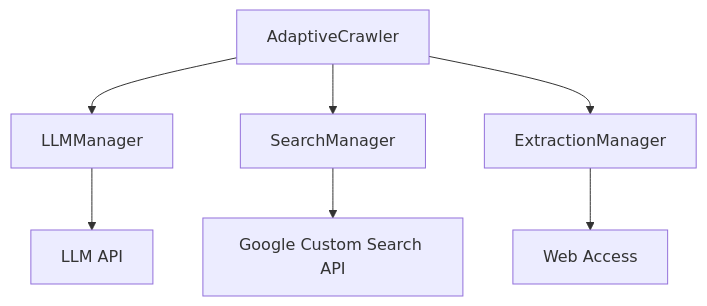
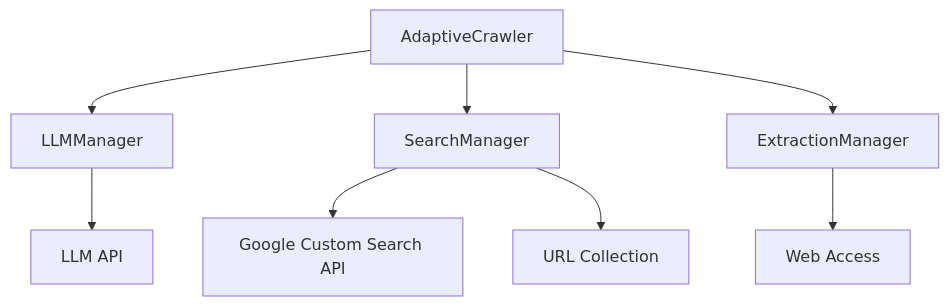
Before and after one commit to tkosht/cursor_dev: the first of 3 diagrams in docs/02.basic_design/adaptive_search.md, drawn with Mermaid. The commit also changed other lines of this file and 28 other files, not shown here.

````diff
--- a/docs/02.basic_design/adaptive_search.md
+++ b/docs/02.basic_design/adaptive_search.md
@@ -6,9 +6,10 @@
 ```mermaid
 graph TD
     A[AdaptiveCrawler] --> B[LLMManager]
     A --> C[SearchManager]
     A --> D[ExtractionManager]
     B --> E[LLM API]
     C --> F[Google Custom Search API]
-    D --> G[Web Access]
+    C --> G[URL Collection]
+    D --> H[Web Access]
 ```
````
